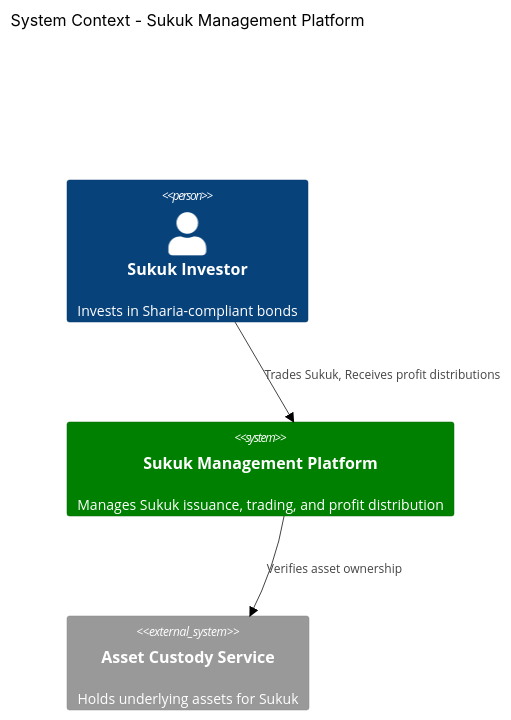
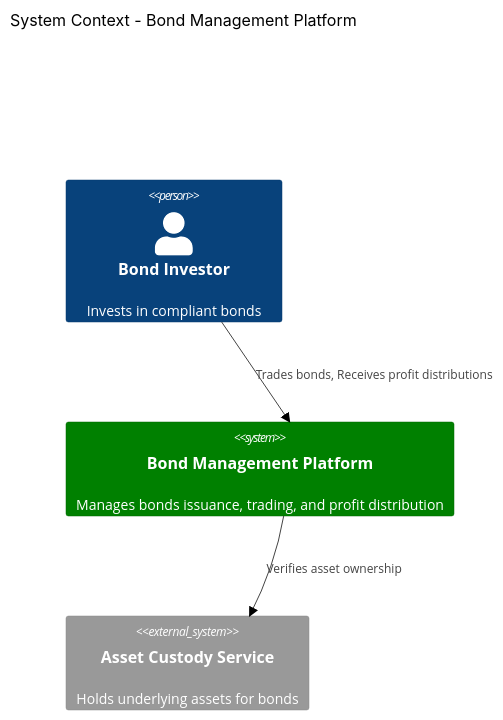
One commit to wahidyankf/open-sharia-enterprise changed the third of 9 diagrams in docs/explanation/software/architecture/c4-architecture-model/ex-so-ar-c4armo__14-best-practices.md. Above: the diagram before and after it, drawn with Mermaid (forest theme). The commit also changed other lines of this file and 94 other files, not shown here.

````diff
--- a/docs/explanation/software/architecture/c4-architecture-model/ex-so-ar-c4armo__14-best-practices.md
+++ b/docs/explanation/software/architecture/c4-architecture-model/ex-so-ar-c4armo__14-best-practices.md
@@ -180,13 +180,13 @@
 ```mermaid
 C4Context
-    title System Context - Sukuk Management Platform
+    title System Context - Bond Management Platform
 
-    Person(investor, "Sukuk Investor", "Invests in Sharia-compliant bonds")
-    System(sukuk_platform, "Sukuk Management Platform", "Manages Sukuk issuance, trading, and profit distribution")
-    System_Ext(custody, "Asset Custody Service", "Holds underlying assets for Sukuk")
+    Person(investor, "Bond Investor", "Invests in compliant bonds")
+    System(bond_platform, "Bond Management Platform", "Manages bonds issuance, trading, and profit distribution")
+    System_Ext(custody, "Asset Custody Service", "Holds underlying assets for bonds")
 
-    Rel(investor, sukuk_platform, "Trades Sukuk, Receives profit distributions")
-    Rel(sukuk_platform, custody, "Verifies asset ownership")
+    Rel(investor, bond_platform, "Trades bonds, Receives profit distributions")
+    Rel(bond_platform, custody, "Verifies asset ownership")
 
-    UpdateElementStyle(sukuk_platform, $fontColor="white", $bgColor="green", $borderColor="darkgreen")
+    UpdateElementStyle(bond_platform, $fontColor="white", $bgColor="green", $borderColor="darkgreen")
 ```
````
